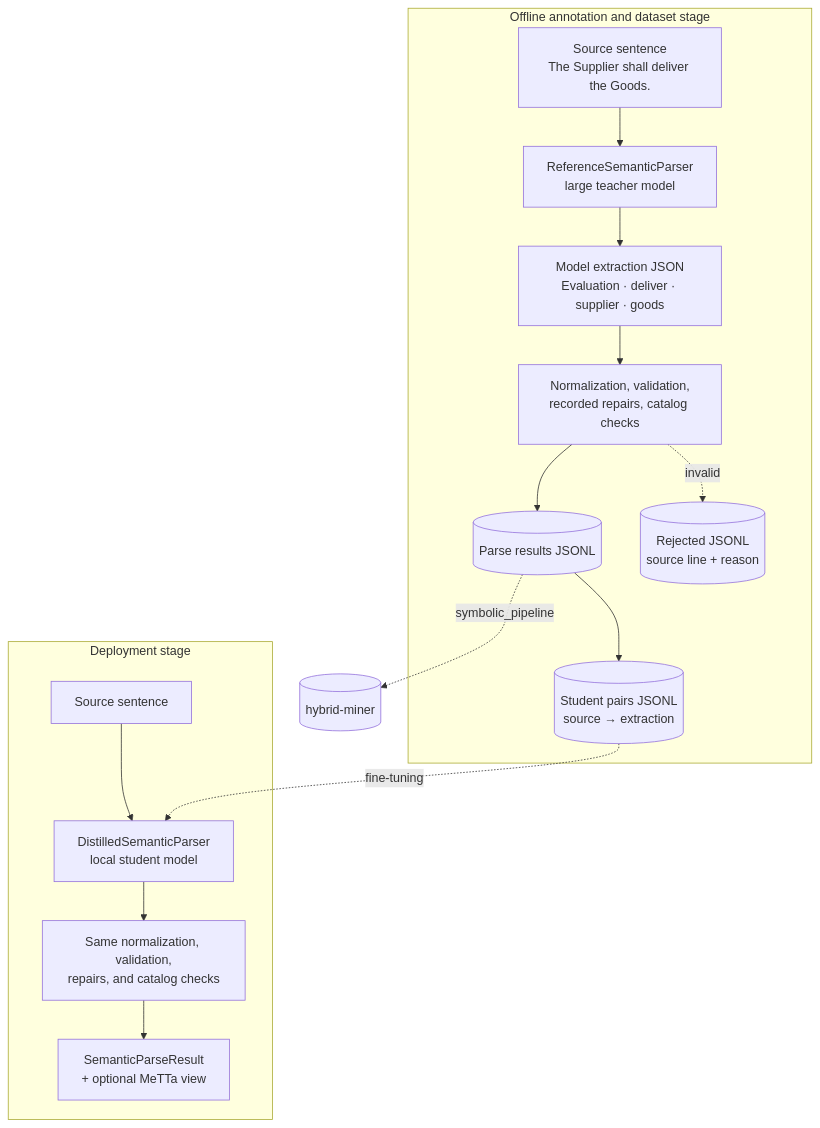
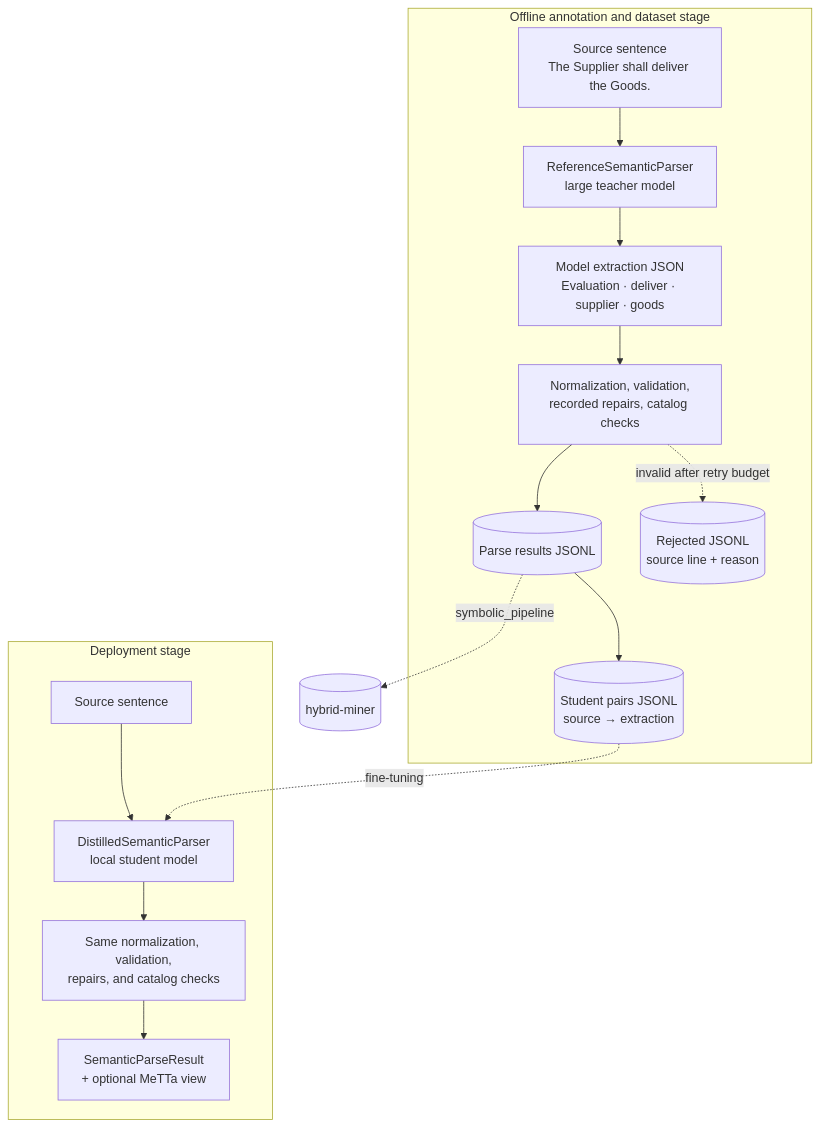
One commit to iCog-Labs-Dev/Neuro-Symbolic-LLM changed the first of 3 diagrams in parser/README.md. Above: the diagram before and after it, drawn with Mermaid. The commit also changed other lines of this file and 6 other files, not shown here.

````diff
--- a/parser/README.md
+++ b/parser/README.md
@@ -28,27 +28,27 @@
 ```mermaid
 flowchart TD
     subgraph offline["Offline annotation and dataset stage"]
         source["Source sentence<br/>The Supplier shall deliver the Goods."]
         teacher["ReferenceSemanticParser<br/>large teacher model"]
         draft["Model extraction JSON<br/>Evaluation · deliver · supplier · goods"]
         checked["Normalization, validation,<br/>recorded repairs, catalog checks"]
         results[("Parse results JSONL")]
         rejected[("Rejected JSONL<br/>source line + reason")]
         pairs[("Student pairs JSONL<br/>source → extraction")]
 
         source --> teacher --> draft --> checked --> results --> pairs
-        checked -. invalid .-> rejected
+        checked -. invalid after retry budget .-> rejected
     end
 
     subgraph deployment["Deployment stage"]
         input["Source sentence"]
         student["DistilledSemanticParser<br/>local student model"]
         shared["Same normalization, validation,<br/>repairs, and catalog checks"]
         output["SemanticParseResult<br/>+ optional MeTTa view"]
 
         input --> student --> shared --> output
     end
 
     pairs -. "fine-tuning" .-> student
     results -. "symbolic_pipeline" .-> miner[("hybrid-miner")]
 ```
````
